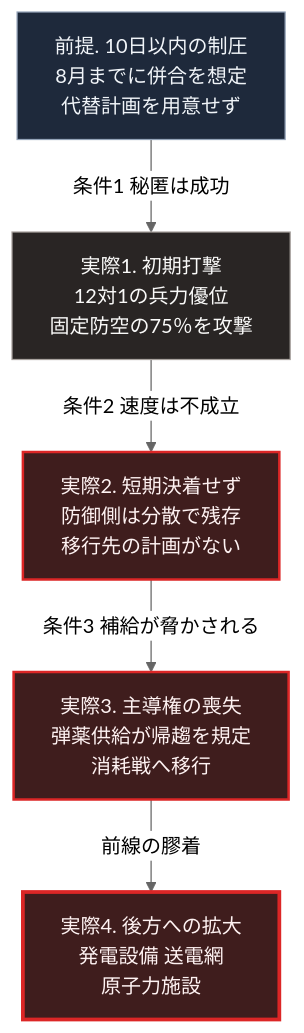
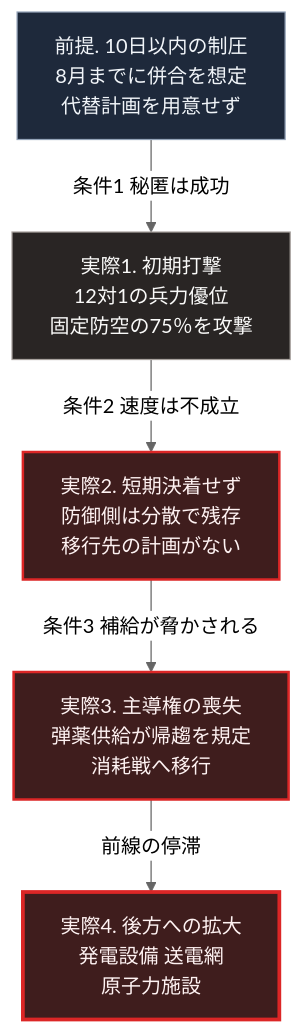
One commit to Takenori-Kusaka/zenn-content changed the diagram in books/sovereign-resilience-blueprint/report-ukraine-war.md. Above: the diagram before and after it, drawn with Mermaid (neutral theme). The commit also changed 15 other files, not shown here.

````diff
--- a/books/sovereign-resilience-blueprint/report-ukraine-war.md
+++ b/books/sovereign-resilience-blueprint/report-ukraine-war.md
@@ -73,14 +73,14 @@
 ```mermaid
 flowchart TD
     A[前提. 10日以内の制圧<br>8月までに併合を想定<br>代替計画を用意せず]
     A -->|条件1 秘匿は成功| B[実際1. 初期打撃<br>12対1の兵力優位<br>固定防空の75％を攻撃]
     B -->|条件2 速度は不成立| C[実際2. 短期決着せず<br>防御側は分散で残存<br>移行先の計画がない]
     C -->|条件3 補給が脅かされる| D[実際3. 主導権の喪失<br>弾薬供給が帰趨を規定<br>消耗戦へ移行]
-    D -->|前線の膠着| E[実際4. 後方への拡大<br>発電設備 送電網<br>原子力施設]
+    D -->|前線の停滞| E[実際4. 後方への拡大<br>発電設備 送電網<br>原子力施設]
 
     style A fill:#1e293b,stroke:#94a3b8,color:#f1f5f9
     style B fill:#292524,stroke:#a8a29e,color:#fafaf9
     style C fill:#3f1d1d,stroke:#dc2626,stroke-width:2px,color:#fef2f2
     style D fill:#3f1d1d,stroke:#dc2626,stroke-width:2px,color:#fef2f2
     style E fill:#3f1d1d,stroke:#dc2626,stroke-width:3px,color:#fef2f2
 ```
````
